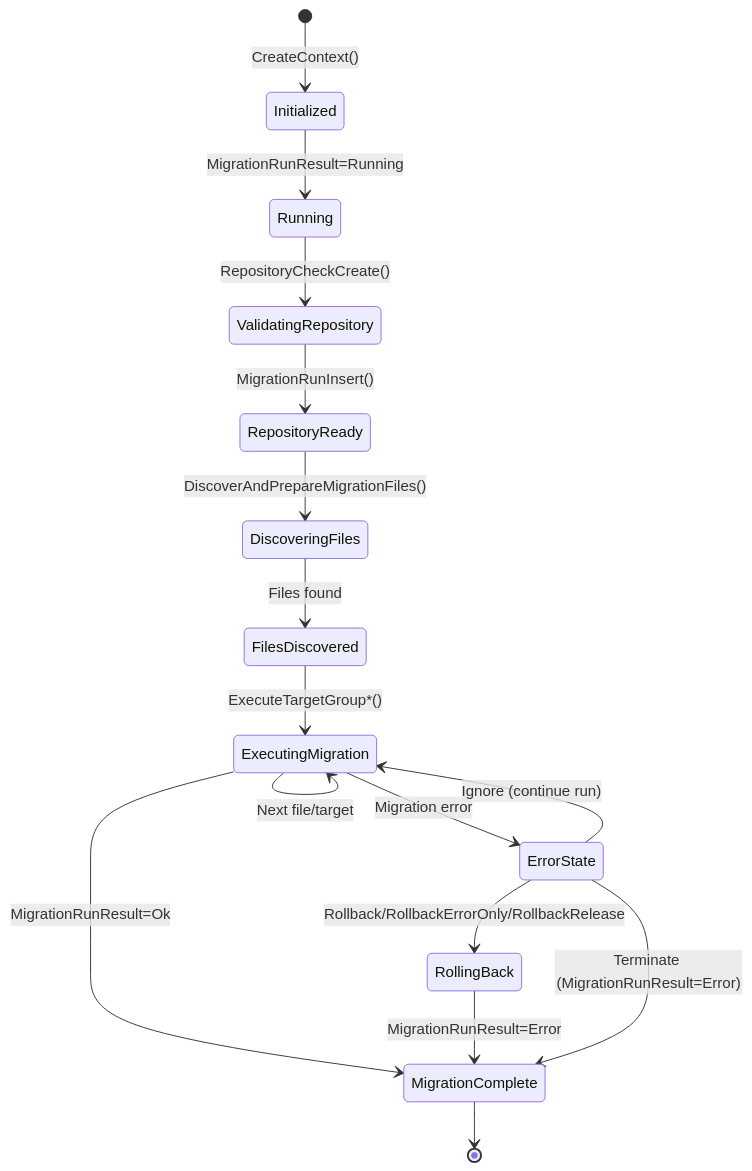
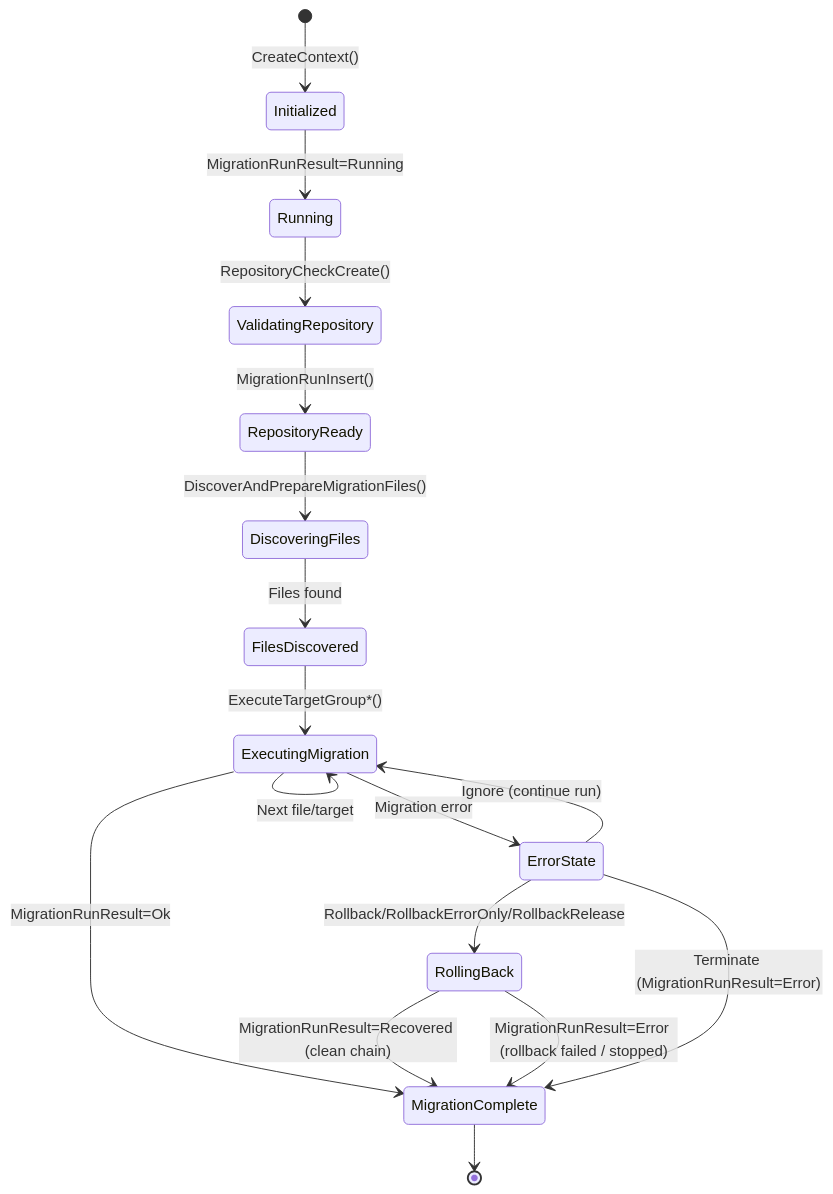
Before and after one commit to RAYCOON/RayMigrator: the eighth of 8 diagrams in Docs/01-architecture/data-flow.md, drawn with Mermaid. The commit also changed 70 other files, not shown here.

````diff
--- a/Docs/01-architecture/data-flow.md
+++ b/Docs/01-architecture/data-flow.md
@@ -283,24 +283,25 @@
 ```mermaid
 stateDiagram-v2
     [*] --> Initialized: CreateContext()
 
     Initialized --> Running: MigrationRunResult=Running
     Running --> ValidatingRepository: RepositoryCheckCreate()
     ValidatingRepository --> RepositoryReady: MigrationRunInsert()
 
     RepositoryReady --> DiscoveringFiles: DiscoverAndPrepareMigrationFiles()
     DiscoveringFiles --> FilesDiscovered: Files found
 
     FilesDiscovered --> ExecutingMigration: ExecuteTargetGroup*()
     ExecutingMigration --> ExecutingMigration: Next file/target
     ExecutingMigration --> MigrationComplete: MigrationRunResult=Ok
 
     ExecutingMigration --> ErrorState: Migration error
     ErrorState --> RollingBack: Rollback/RollbackErrorOnly/RollbackRelease
-    RollingBack --> MigrationComplete: MigrationRunResult=Error
+    RollingBack --> MigrationComplete: MigrationRunResult=Recovered (clean chain)
+    RollingBack --> MigrationComplete: MigrationRunResult=Error (rollback failed / stopped)
 
     ErrorState --> MigrationComplete: Terminate (MigrationRunResult=Error)
     ErrorState --> ExecutingMigration: Ignore (continue run)
 
     MigrationComplete --> [*]
 ```
````
